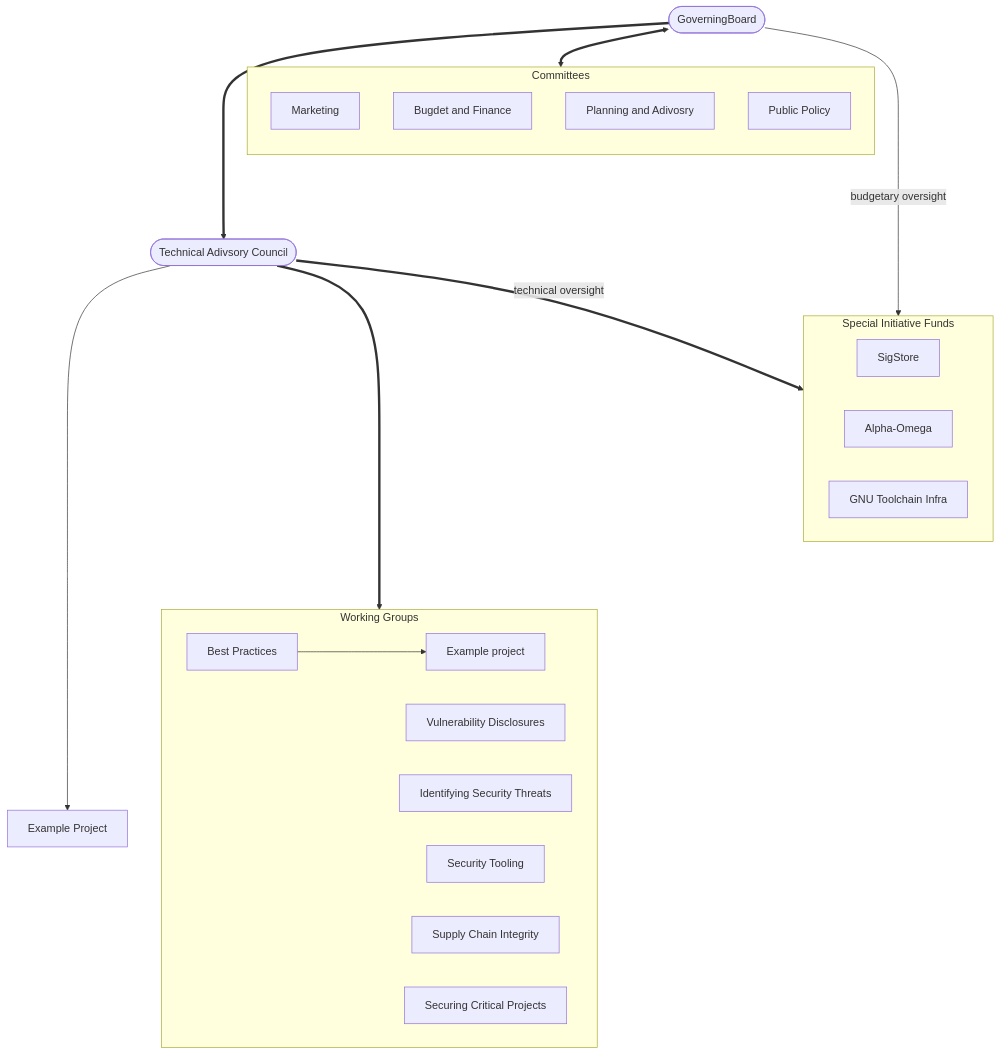
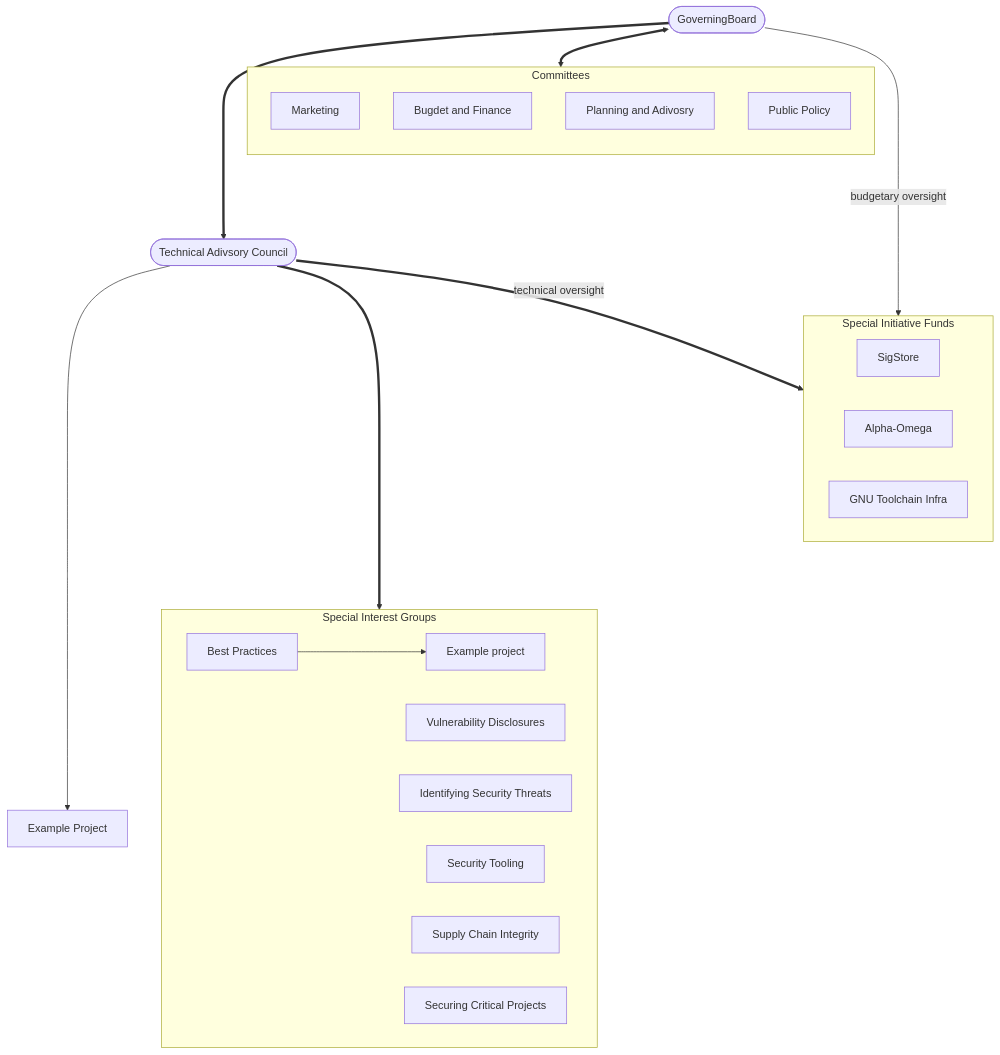
One commit to ossf/tac changed the diagram in organizational-structure-overview.md. Above: the diagram before and after it, drawn with Mermaid. The commit also changed other lines of this file and 5 other files, not shown here.

````diff
--- a/organizational-structure-overview.md
+++ b/organizational-structure-overview.md
@@ -40,36 +51,36 @@
 ```mermaid
 flowchart TB
     A([GoverningBoard])
 
     subgraph subC[Committees]
         direction TB
         Market[Marketing]
         Budget[Bugdet and Finance]
         Plan[Planning and Adivosry]
         Policy[Public Policy]
     end
     A <==> subC
     A ====> B([Technical Adivsory Council])
 
-    subgraph subWG[Working Groups]
+    subgraph subSIG[Special Interest Groups]
         BP[Best Practices]
         VD[Vulnerability Disclosures]
         IST[Identifying Security Threats]
         ST[Security Tooling]
         SCI[Supply Chain Integrity]
         SCP[Securing Critical Projects]
 
         BP ---> P2[Example project]
     end
-    B ====> subWG
+    B ====> subSIG
 
     B ----> P1[Example Project]
 
     subgraph subSIF[Special Initiative Funds]
         ss[SigStore]
         ao[Alpha-Omega]
         gti[GNU Toolchain Infra]
     end
     B ==technical oversight==> subSIF
     A --budgetary oversight--> subSIF
 ```
````
